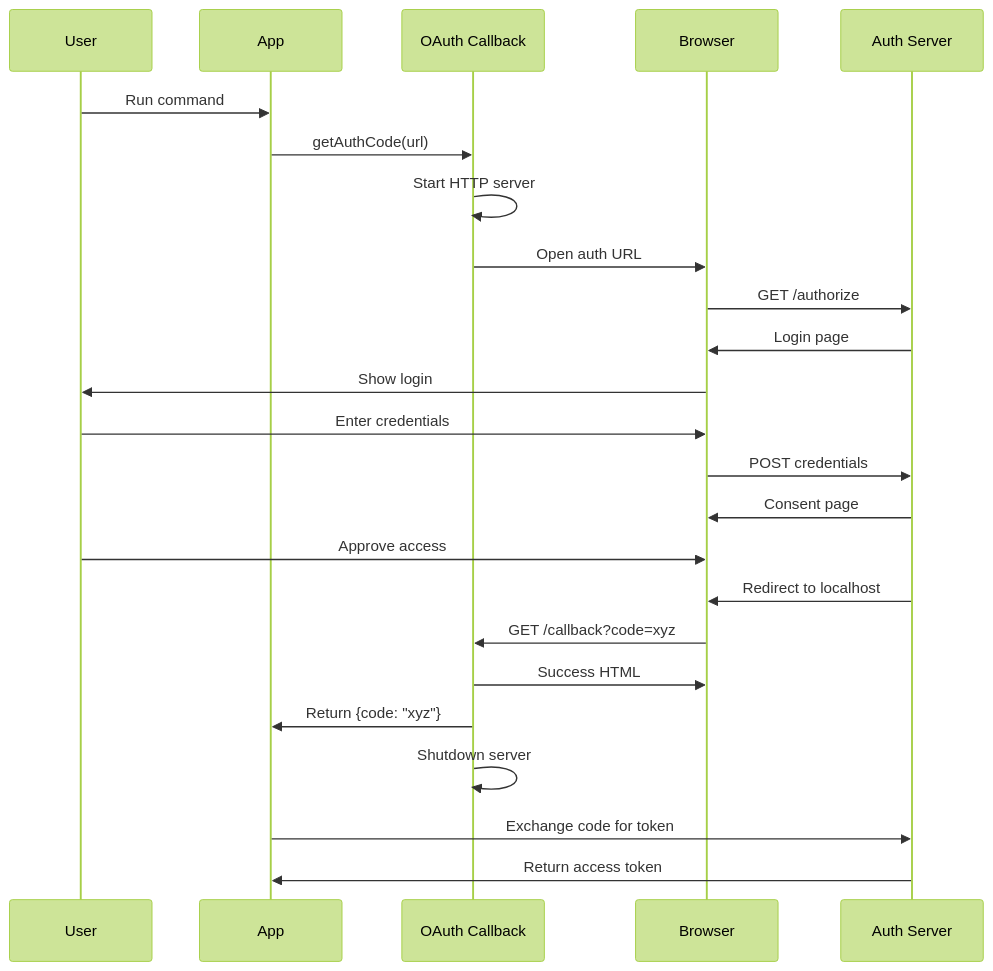
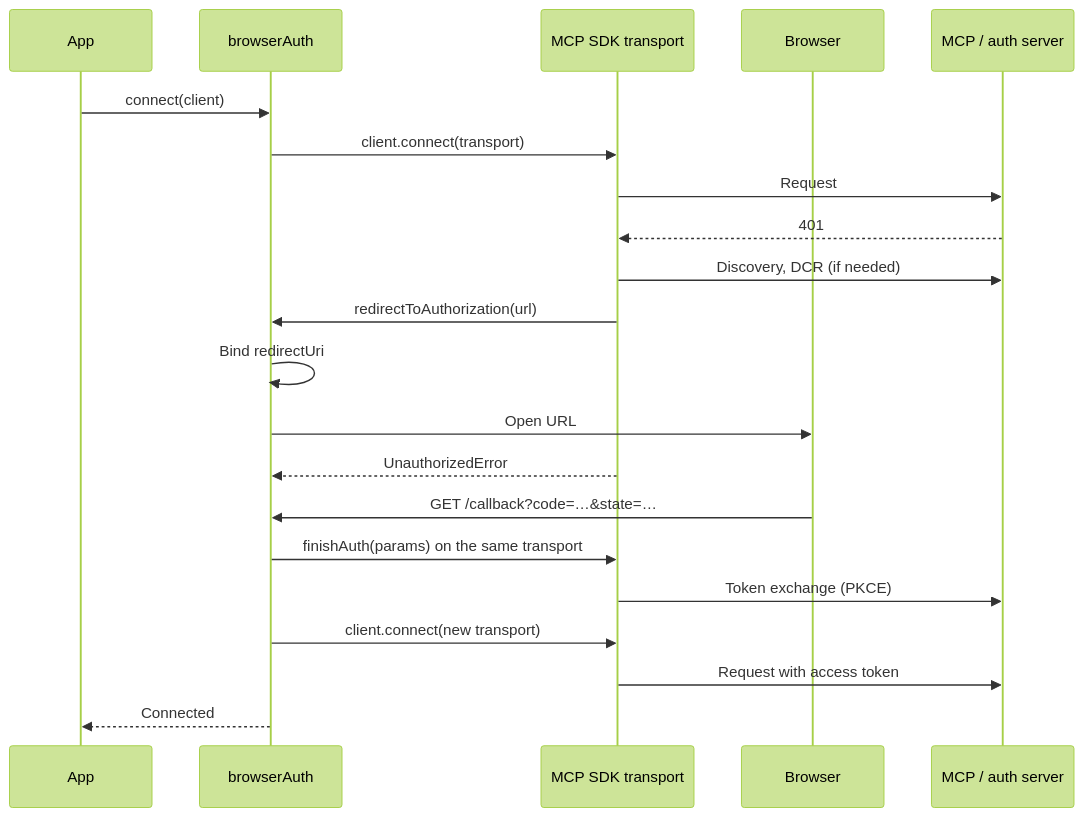
The diagram in docs/core-concepts.md (AbhikRao/oauth-callback), drawn with Mermaid (forest theme) before and after one commit. The commit also changed other lines of this file and 79 other files, not shown here.

First line of the commit message:
feat!: v3 loopback core and MCP SDK v2 adapter (#60)

````diff
--- a/docs/core-concepts.md
+++ b/docs/core-concepts.md
@@ -245,27 +129,24 @@
 ```mermaid
 sequenceDiagram
-    participant User
     participant App
-    participant OAuth Callback
+    participant Auth as browserAuth
+    participant SDK as MCP SDK transport
     participant Browser
-    participant Auth Server
+    participant Server as MCP / auth server
 
-    User->>App: Run command
-    App->>OAuth Callback: getAuthCode(url)
-    OAuth Callback->>OAuth Callback: Start HTTP server
-    OAuth Callback->>Browser: Open auth URL
-    Browser->>Auth Server: GET /authorize
-    Auth Server->>Browser: Login page
-    Browser->>User: Show login
-    User->>Browser: Enter credentials
-    Browser->>Auth Server: POST credentials
-    Auth Server->>Browser: Consent page
-    User->>Browser: Approve access
-    Auth Server->>Browser: Redirect to localhost
-    Browser->>OAuth Callback: GET /callback?code=xyz
-    OAuth Callback->>Browser: Success HTML
-    OAuth Callback->>App: Return {code: "xyz"}
-    OAuth Callback->>OAuth Callback: Shutdown server
-    App->>Auth Server: Exchange code for token
-    Auth Server->>App: Return access token
+    App->>Auth: connect(client)
+    Auth->>SDK: client.connect(transport)
+    SDK->>Server: Request
+    Server-->>SDK: 401
+    SDK->>Server: Discovery, DCR (if needed)
+    SDK->>Auth: redirectToAuthorization(url)
+    Auth->>Auth: Bind redirectUri
+    Auth->>Browser: Open URL
+    SDK-->>Auth: UnauthorizedError
+    Browser->>Auth: GET /callback?code=…&state=…
+    Auth->>SDK: finishAuth(params) on the same transport
+    SDK->>Server: Token exchange (PKCE)
+    Auth->>SDK: client.connect(new transport)
+    SDK->>Server: Request with access token
+    Auth-->>App: Connected
 ```
````
